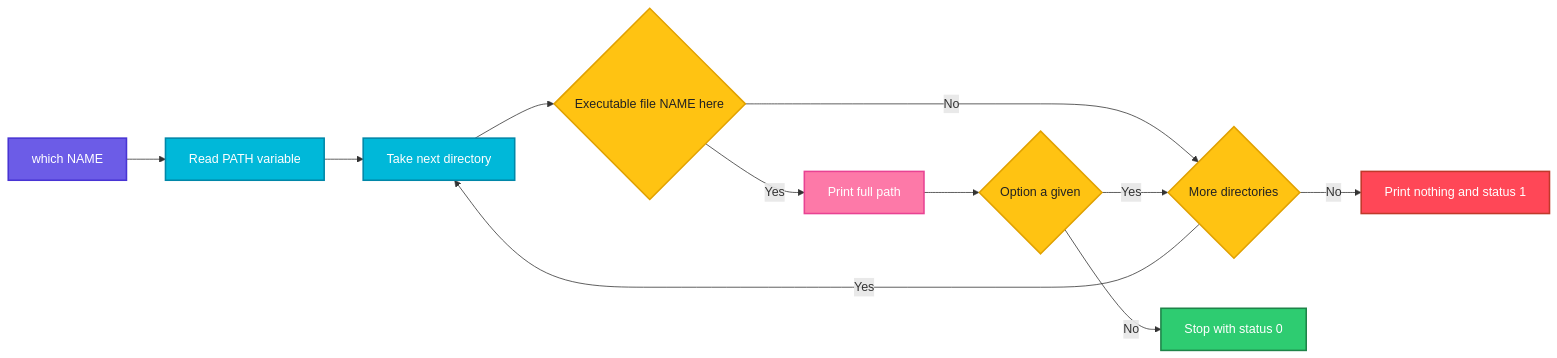
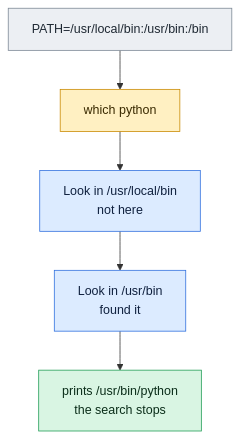
Before and after one commit to codeKerdosTech/DevOps-Documentation: the diagram in linux/shell-basics/which.md, drawn with Mermaid. The commit also changed other lines of this file and 165 other files, not shown here.

Commit message:
updated diagrams in linux

````diff
--- a/linux/shell-basics/which.md
+++ b/linux/shell-basics/which.md
@@ -14,26 +14,16 @@
 ```mermaid
-flowchart LR
-    A[which NAME] --> B[Read PATH variable]
-    B --> C[Take next directory]
-    C --> D{Executable file NAME here}
-    D -->|Yes| E[Print full path]
-    D -->|No| F{More directories}
-    F -->|Yes| C
-    F -->|No| G[Print nothing and status 1]
-    E --> H{Option a given}
-    H -->|Yes| F
-    H -->|No| I[Stop with status 0]
-    classDef start fill:#6C5CE7,stroke:#4834D4,stroke-width:2px,color:#fff
-    classDef proc fill:#00B8D9,stroke:#0087A8,stroke-width:2px,color:#fff
-    classDef dec fill:#FFC312,stroke:#E1A100,stroke-width:2px,color:#222
-    classDef ok fill:#2ECC71,stroke:#1E8449,stroke-width:2px,color:#fff
-    classDef err fill:#FF4757,stroke:#C0392B,stroke-width:2px,color:#fff
-    classDef out fill:#FD79A8,stroke:#E84393,stroke-width:2px,color:#fff
-    classDef alt fill:#FF9F43,stroke:#E67E22,stroke-width:2px,color:#fff
-    class A start
-    class B,C proc
-    class D,F,H dec
-    class E out
-    class G err
-    class I ok
+flowchart TD
+    n1[PATH=/usr/local/bin:/usr/bin:/bin] --> c1[which python]
+    c1 --> i1[Look in /usr/local/bin<br/>not here]
+    i1 --> i2[Look in /usr/bin<br/>found it]
+    i2 --> o1[prints /usr/bin/python<br/>the search stops]
+    classDef inp fill:#DCEBFF,stroke:#2F6FDE,color:#10213F
+    classDef cmd fill:#FFF0C2,stroke:#C98A00,color:#3A2A00
+    classDef out fill:#D9F5E3,stroke:#1F9D55,color:#0B2E1A
+    classDef bad fill:#FDE0E0,stroke:#D13B3B,color:#4A0F0F
+    classDef note fill:#ECEFF3,stroke:#7B8794,color:#1F2933
+    class n1 note
+    class c1 cmd
+    class i1,i2 inp
+    class o1 out
 ```
````
